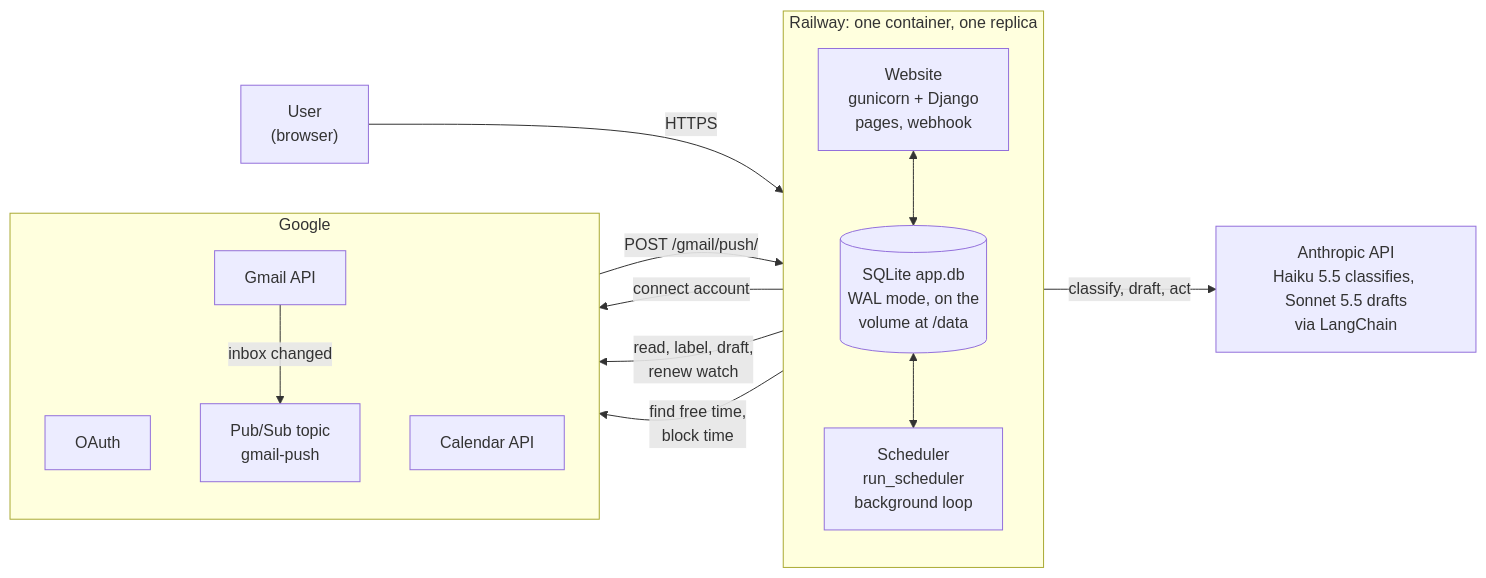
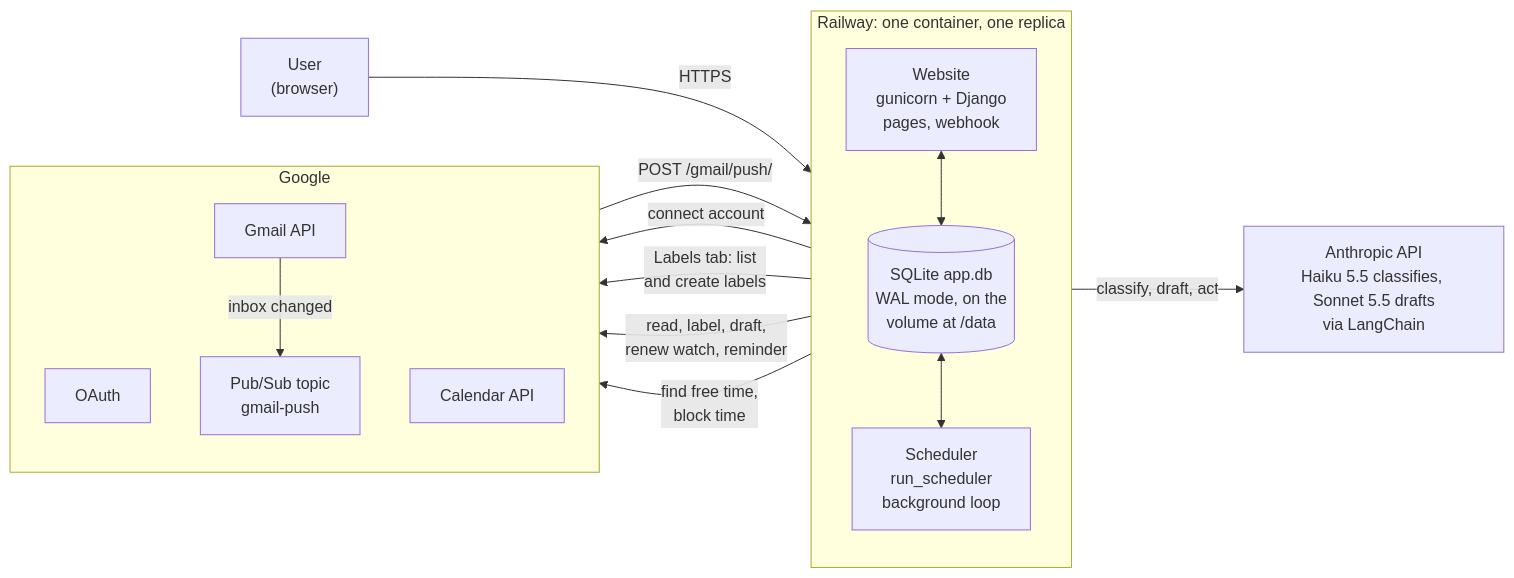
One commit to Ryancg3/email-agent-hack-2026 changed the first of 8 diagrams in docs/system-design.md. Above: the diagram before and after it, drawn with Mermaid. The commit also changed other lines of this file and 1 other file, not shown here.

First line of the commit message:
Docs: update the README and system design for label sync, evals and the reminder (#31)

````diff
--- a/docs/system-design.md
+++ b/docs/system-design.md
@@ -34,31 +37,32 @@
 ```mermaid
 flowchart LR
     U["User<br/>(browser)"]
 
     subgraph Railway["Railway: one container, one replica"]
         direction TB
         WEB["Website<br/>gunicorn + Django<br/>pages, webhook"]
         DB[("SQLite app.db<br/>WAL mode, on the<br/>volume at /data")]
         SCH["Scheduler<br/>run_scheduler<br/>background loop"]
         WEB <--> DB
         DB <--> SCH
     end
 
     subgraph Google["Google"]
         direction TB
         OAUTH["OAuth"]
         PS["Pub/Sub topic<br/>gmail-push"]
         GM["Gmail API"]
         CAL["Calendar API"]
     end
 
     ANT["Anthropic API<br/>Haiku 5.5 classifies, Sonnet 5.5 drafts<br/>via LangChain"]
 
     U -- "HTTPS" --> WEB
     WEB -- "connect account" --> OAUTH
+    WEB -- "Labels tab: list<br/>and create labels" --> GM
     PS -- "POST /gmail/push/" --> WEB
     GM -- "inbox changed" --> PS
-    SCH -- "read, label, draft,<br/>renew watch" --> GM
+    SCH -- "read, label, draft,<br/>renew watch, reminder" --> GM
     SCH -- "find free time,<br/>block time" --> CAL
     SCH -- "classify, draft, act" --> ANT
 ```
````
